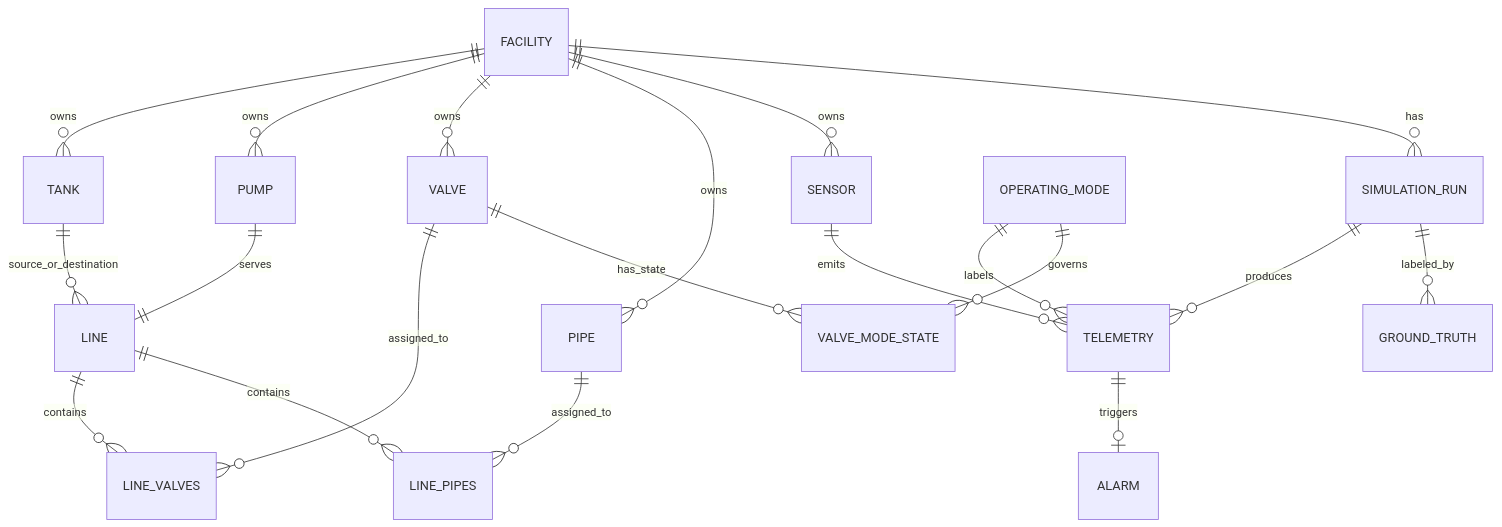
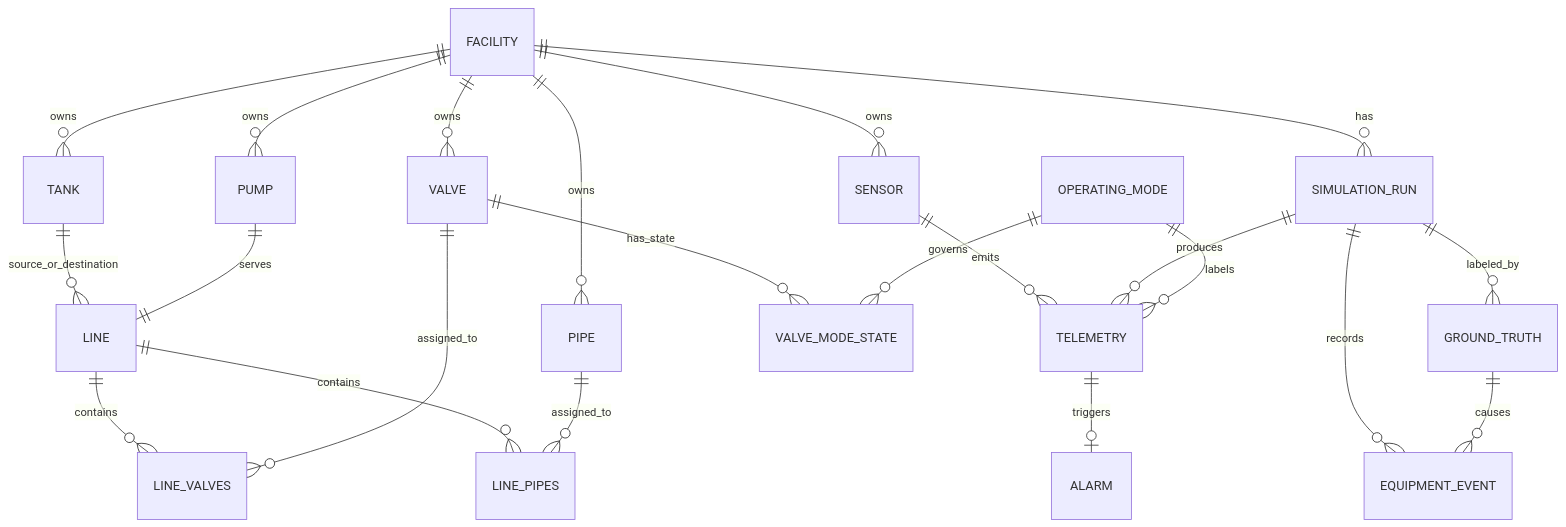
The diagram in docs/data_dictionary.md (sarveshraghavan/yottaflex_fde_project), drawn with Mermaid before and after one commit. The commit also changed other lines of this file and 14 other files, not shown here.

````diff
--- a/docs/data_dictionary.md
+++ b/docs/data_dictionary.md
@@ -136,22 +141,24 @@
 ```mermaid
 erDiagram
   FACILITY ||--o{ TANK : owns
   FACILITY ||--o{ PUMP : owns
   FACILITY ||--o{ VALVE : owns
   FACILITY ||--o{ PIPE : owns
   FACILITY ||--o{ SENSOR : owns
   FACILITY ||--o{ SIMULATION_RUN : has
   TANK ||--o{ LINE : source_or_destination
   PUMP ||--|| LINE : serves
   LINE ||--o{ LINE_VALVES : contains
   VALVE ||--o{ LINE_VALVES : assigned_to
   LINE ||--o{ LINE_PIPES : contains
   PIPE ||--o{ LINE_PIPES : assigned_to
   SENSOR ||--o{ TELEMETRY : emits
   SIMULATION_RUN ||--o{ TELEMETRY : produces
   OPERATING_MODE ||--o{ TELEMETRY : labels
   VALVE ||--o{ VALVE_MODE_STATE : has_state
   OPERATING_MODE ||--o{ VALVE_MODE_STATE : governs
   TELEMETRY ||--o| ALARM : triggers
   SIMULATION_RUN ||--o{ GROUND_TRUTH : labeled_by
+  SIMULATION_RUN ||--o{ EQUIPMENT_EVENT : records
+  GROUND_TRUTH ||--o{ EQUIPMENT_EVENT : causes
 ```
````
